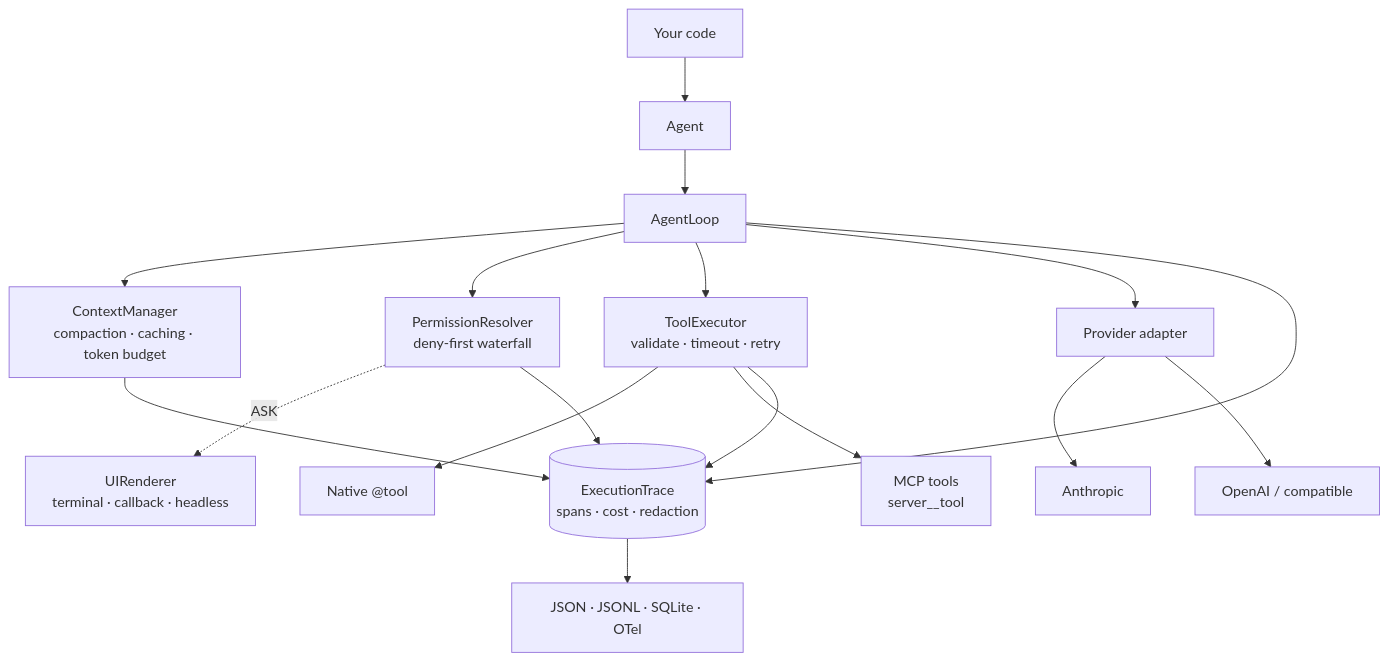
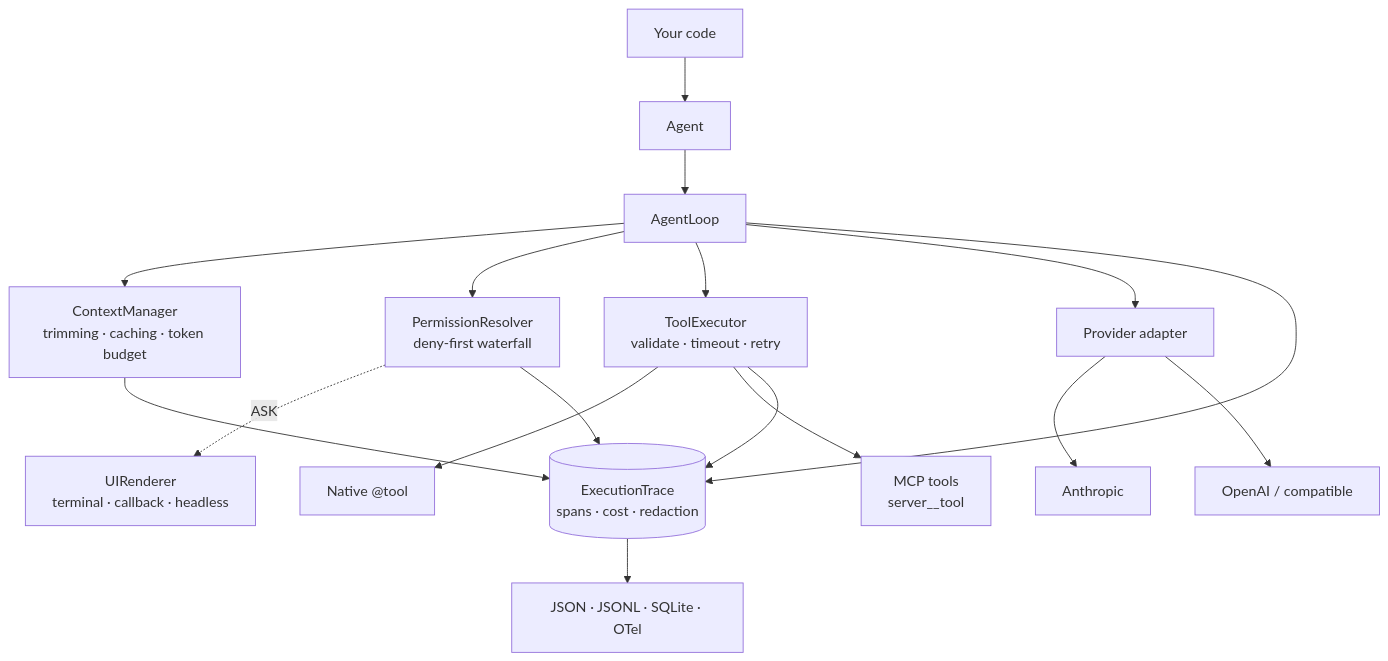
Before and after one commit to OzgurrOzcan/Agent-Framework: the diagram in README.md, drawn with Mermaid. The commit also changed other lines of this file and 1 other file, not shown here.

First line of the commit message:
docs: context and memory

````diff
--- a/README.md
+++ b/README.md
@@ -504,22 +574,22 @@
 ```mermaid
 flowchart TD
     U[Your code] --> A[Agent]
     A --> L[AgentLoop]
 
-    L --> CM[ContextManager<br/>compaction · caching · token budget]
+    L --> CM[ContextManager<br/>trimming · caching · token budget]
     L --> P[PermissionResolver<br/>deny-first waterfall]
     L --> E[ToolExecutor<br/>validate · timeout · retry]
     L --> AD[Provider adapter]
 
     P -.ASK.-> R[UIRenderer<br/>terminal · callback · headless]
     E --> NT[Native @tool]
     E --> MT[MCP tools<br/>server__tool]
     AD --> AN[Anthropic]
     AD --> OA[OpenAI / compatible]
 
     L --> T[(ExecutionTrace<br/>spans · cost · redaction)]
     CM --> T
     P --> T
     E --> T
     T --> X[JSON · JSONL · SQLite · OTel]
 ```
````
